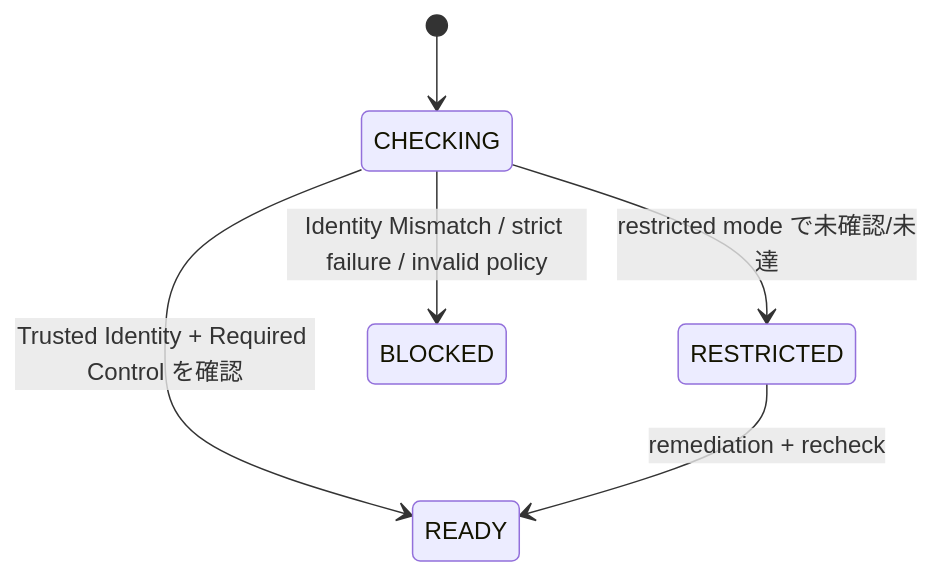
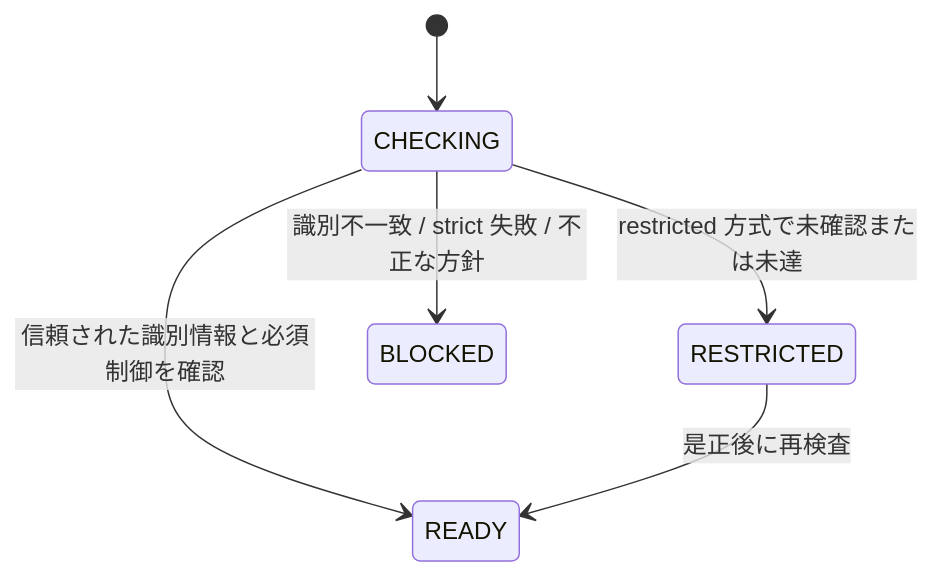
Before and after one commit to tomo-chan/agent-harness: the second of 4 diagrams in docs/ja/01-architecture.md, drawn with Mermaid. The commit also changed other lines of this file, not shown here.

````diff
--- a/docs/ja/01-architecture.md
+++ b/docs/ja/01-architecture.md
@@ -44,8 +48,8 @@
 ```mermaid
 stateDiagram-v2
     [*] --> CHECKING
-    CHECKING --> READY: Trusted Identity + Required Control を確認
-    CHECKING --> RESTRICTED: restricted mode で未確認/未達
-    CHECKING --> BLOCKED: Identity Mismatch / strict failure / invalid policy
-    RESTRICTED --> READY: remediation + recheck
+    CHECKING --> READY: 信頼された識別情報と必須制御を確認
+    CHECKING --> RESTRICTED: restricted 方式で未確認または未達
+    CHECKING --> BLOCKED: 識別不一致 / strict 失敗 / 不正な方針
+    RESTRICTED --> READY: 是正後に再検査
 ```
````
